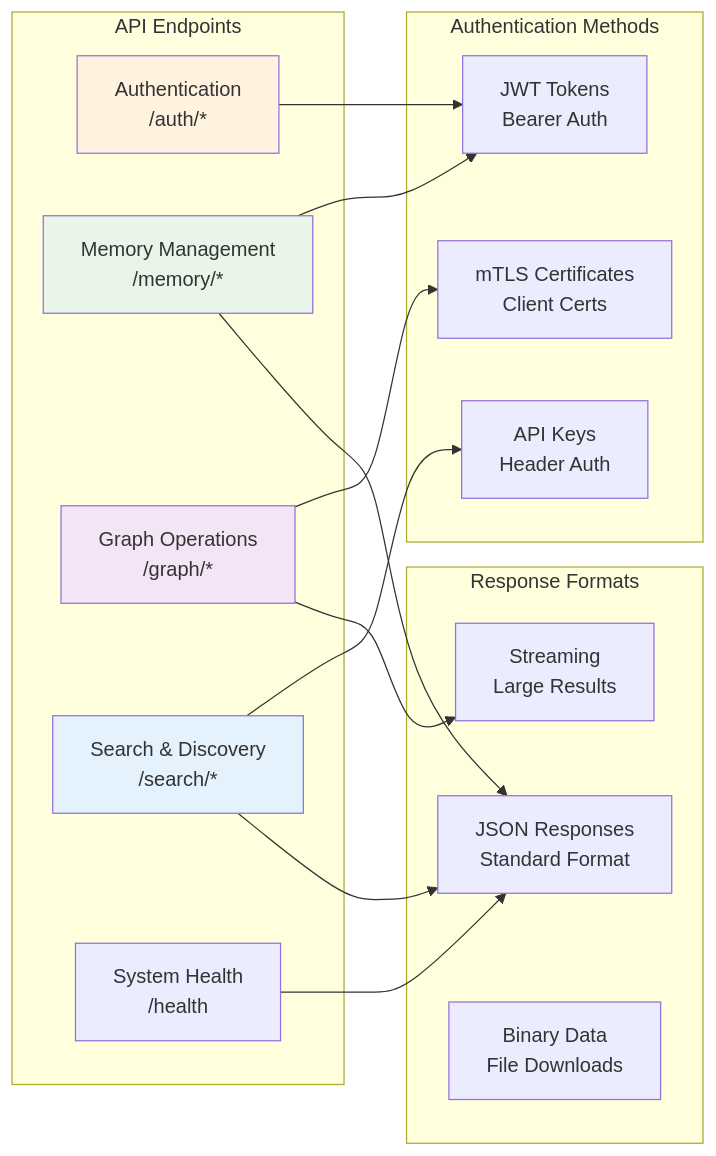
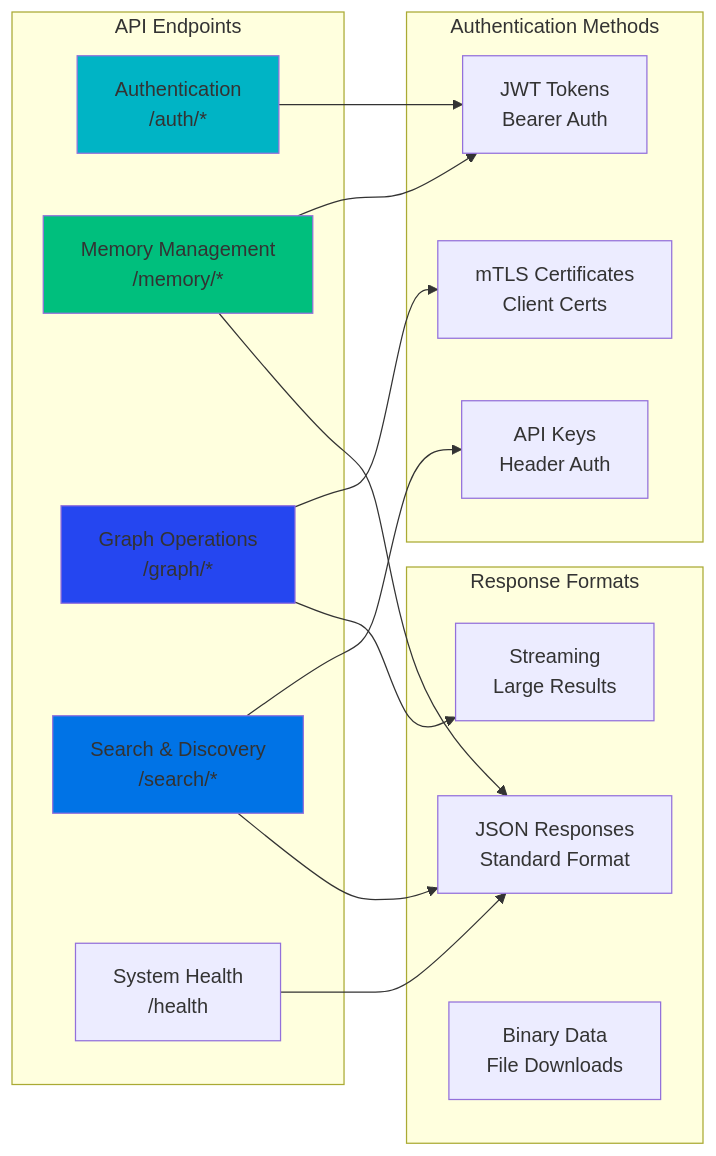
One commit to elementalcollision/GraphMemory-IDE changed diagram 13 of 17 in README.md. Above: the diagram before and after it, drawn with Mermaid. The commit also changed other lines of this file, not shown here.

Commit message:
feat: Apply vibrant color palette to all Mermaid diagrams for improved readability and visual consistency

````diff
--- a/README.md
+++ b/README.md
@@ -976,37 +976,37 @@
 ```mermaid
 graph LR
     subgraph "API Endpoints"
         AUTH["Authentication<br/>/auth/*"]
         MEMORY["Memory Management<br/>/memory/*"]
         GRAPH["Graph Operations<br/>/graph/*"]
         SEARCH["Search & Discovery<br/>/search/*"]
         HEALTH["System Health<br/>/health"]
     end
     
     subgraph "Authentication Methods"
         JWT_AUTH["JWT Tokens<br/>Bearer Auth"]
         MTLS_AUTH["mTLS Certificates<br/>Client Certs"]
         API_KEY["API Keys<br/>Header Auth"]
     end
     
     subgraph "Response Formats"
         JSON["JSON Responses<br/>Standard Format"]
         STREAM["Streaming<br/>Large Results"]
         BINARY["Binary Data<br/>File Downloads"]
     end
     
     AUTH --> JWT_AUTH
     MEMORY --> JWT_AUTH
     GRAPH --> MTLS_AUTH
     SEARCH --> API_KEY
     HEALTH --> JSON
     
     MEMORY --> JSON
     GRAPH --> STREAM
     SEARCH --> JSON
     
-    style AUTH fill:#fff3e0
-    style MEMORY fill:#e8f5e8
-    style GRAPH fill:#f3e5f5
-    style SEARCH fill:#e3f2fd
+    style AUTH fill:#00b4c5
+    style MEMORY fill:#00bf7d
+    style GRAPH fill:#2546f0
+    style SEARCH fill:#0073e6
 ```
````
